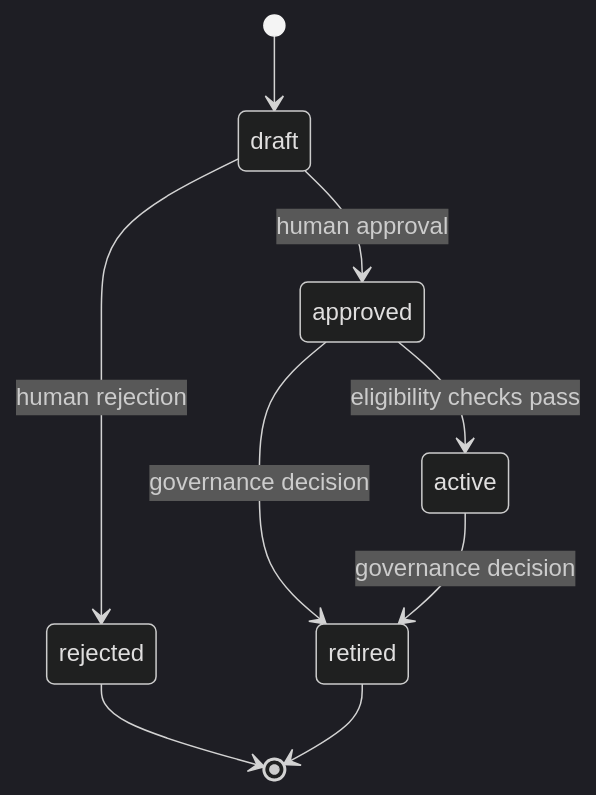
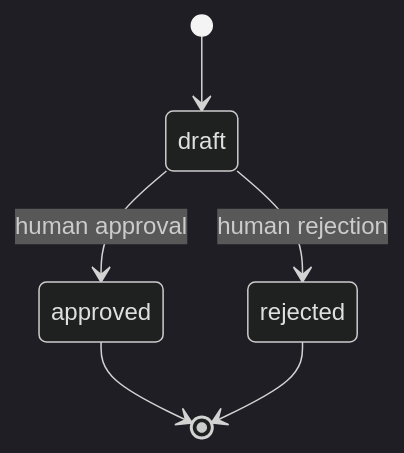
The first of 3 diagrams in docs/08_CASE_ENGINE.md (chenpengfeidp/ai-FSA), drawn with Mermaid (dark theme) before and after one commit. The commit also changed other lines of this file and 17 other files, not shown here.

First line of the commit message:
docs: 新增实现路线图、分析管线、后端架构、逻辑 ERD 四篇文档，重构治理生命周期为根/版本双态

````diff
--- a/docs/08_CASE_ENGINE.md
+++ b/docs/08_CASE_ENGINE.md
@@ -105,11 +105,8 @@
 ```mermaid
 stateDiagram-v2
     [*] --> draft
     draft --> approved: human approval
     draft --> rejected: human rejection
-    approved --> active: eligibility checks pass
-    approved --> retired: governance decision
-    active --> retired: governance decision
+    approved --> [*]
     rejected --> [*]
-    retired --> [*]
 ```
````
